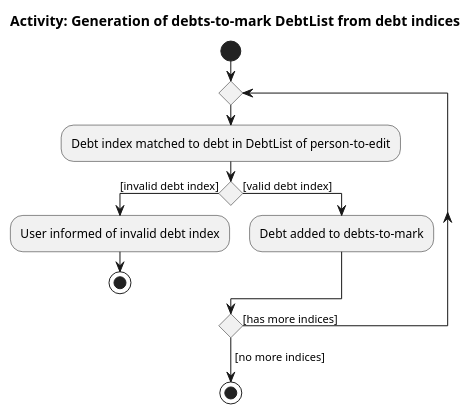
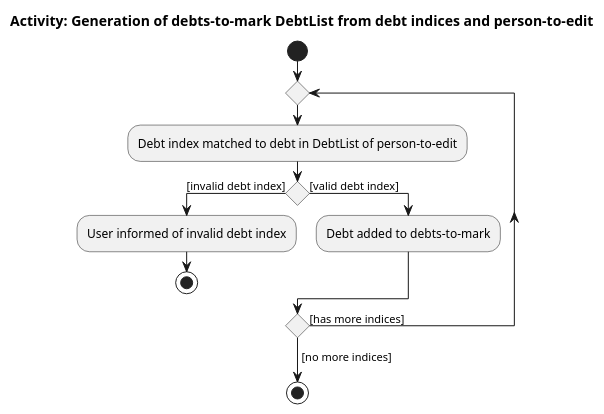
One commit to nus-cs2103-AY2223S1/tp changed the diagram in docs/diagrams/MarkActivityDiagramRake.puml. Above: the diagram before and after it, drawn with PlantUML.

Commit message:
Fix missing phrase in DG rake diagram

```diff
--- a/docs/diagrams/MarkActivityDiagramRake.puml
+++ b/docs/diagrams/MarkActivityDiagramRake.puml
@@ -1,17 +1,17 @@
 @startuml
-title: Activity: Generation of debts-to-mark DebtList from debt indices
+title: Activity: Generation of debts-to-mark DebtList from debt indices and person-to-edit
 
 start
 repeat
   :Debt index matched to debt in DebtList of person-to-edit;
   if () then ([invalid debt index])
   :User informed of invalid debt index;
   stop
   else ([valid debt index])
   :Debt added to debts-to-mark;
   endif
 repeat while () is ([has more indices])
 ->[no more indices];
 stop
 
 @enduml
```
